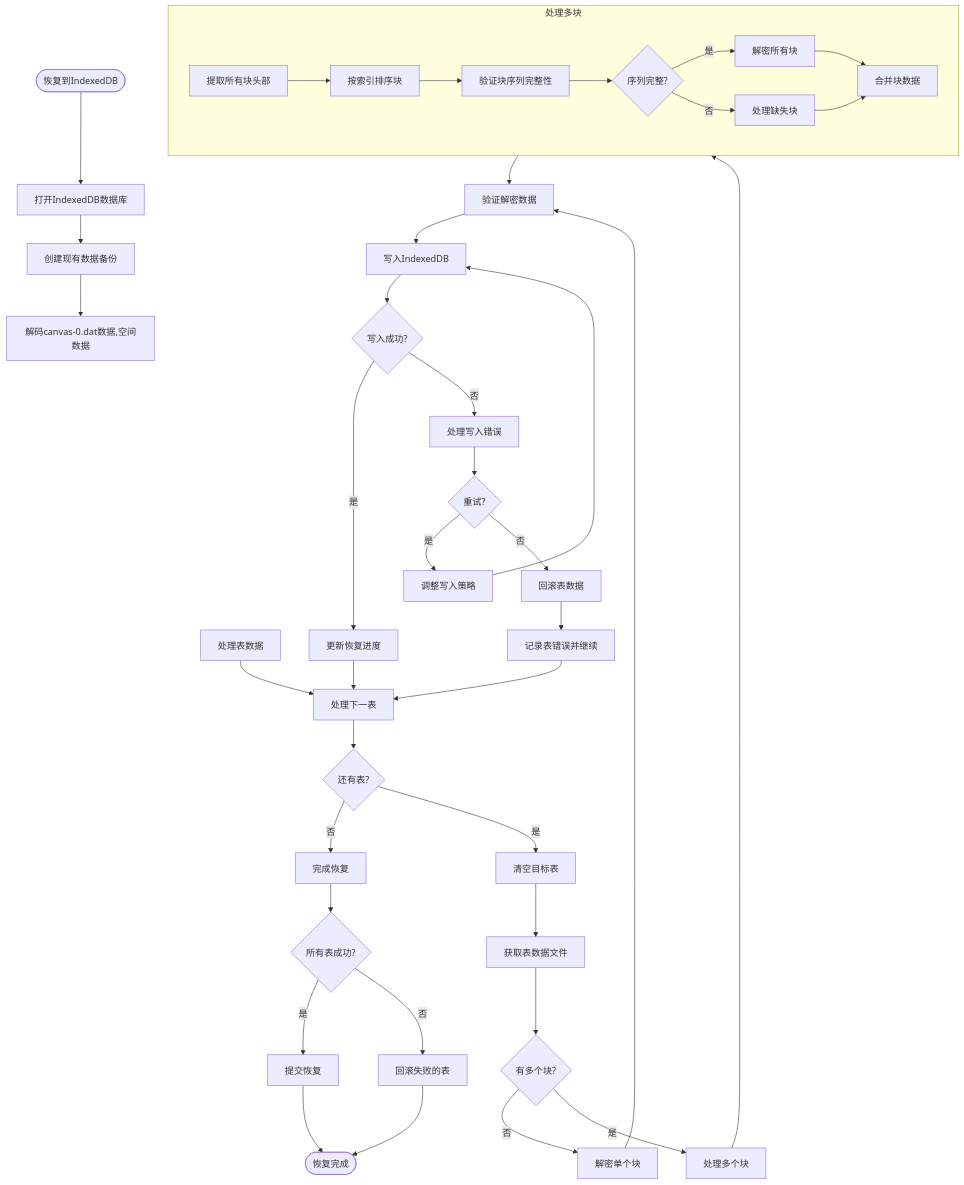
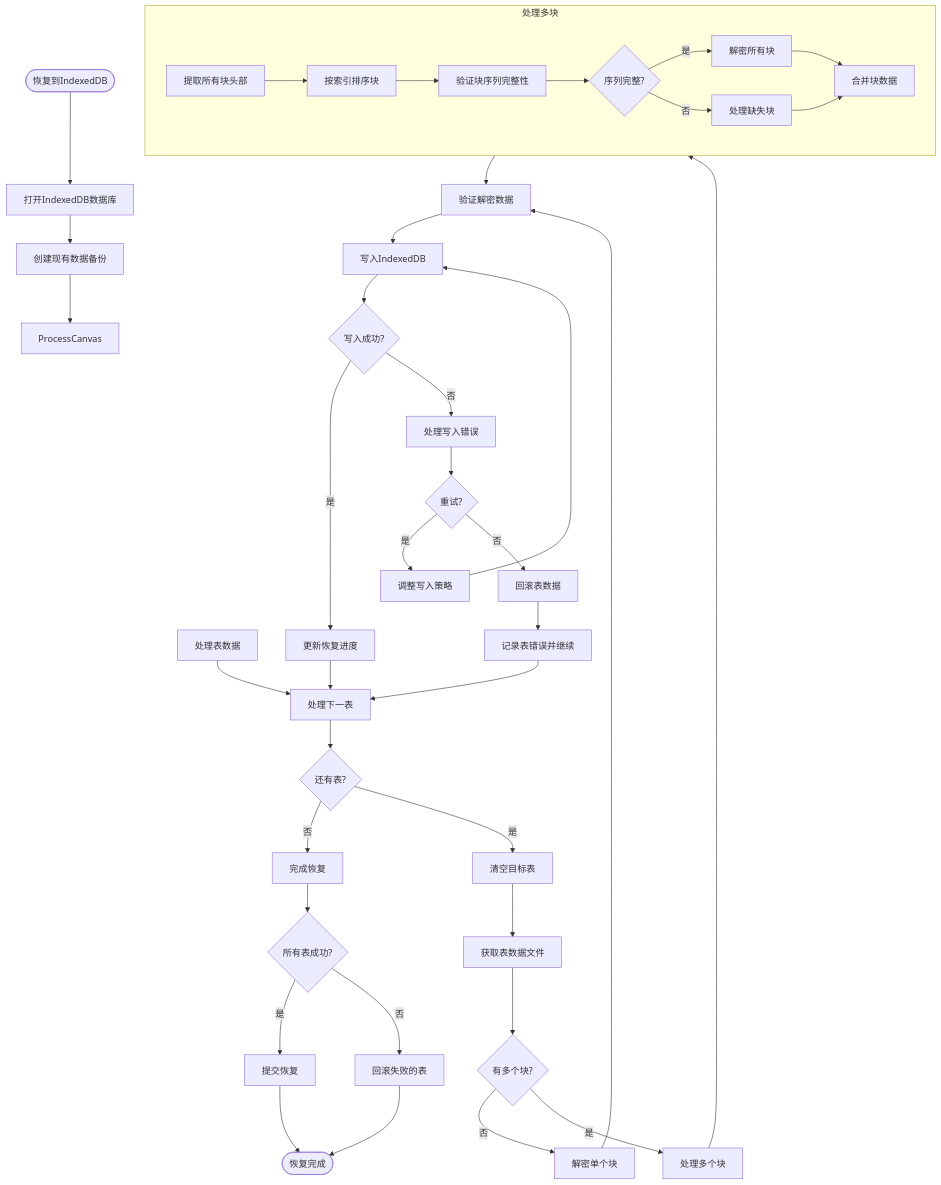
One commit to yingjianzh/iodraw-files changed the diagram in all/未命名-52.md. Above: the diagram before and after it, drawn with Mermaid.

Commit message:
2025-05-09 18:29:11 update

````diff
--- a/all/未命名-52.md
+++ b/all/未命名-52.md
@@ -1,56 +1,56 @@
 ```mermaid
 flowchart TD
     Start([恢复到IndexedDB]) --> OpenDB[打开IndexedDB数据库]
     OpenDB --> CreateBackup[创建现有数据备份]
-    CreateBackup --> ProcessCanvas[解码canvas-0.dat数据,空间数据]
+    CreateBackup --> ProcessCanvas
     ProcessTables[处理表数据]
     
     ProcessTables --> ProcessNextTable[处理下一表]
     ProcessNextTable --> MoreTables{还有表?}
     MoreTables -->|否| FinalizeRestore[完成恢复]
     MoreTables -->|是| ClearTable[清空目标表]
     
     ClearTable --> GetTableData[获取表数据文件]
     GetTableData --> TableHasMultipleBlocks{有多个块?}
     
     TableHasMultipleBlocks -->|否| DecryptSingleBlock[解密单个块]
     TableHasMultipleBlocks -->|是| ProcessMultipleBlocks[处理多个块]
     
     subgraph MultiBlockProcess [处理多块]
         MB1[提取所有块头部] --> MB2[按索引排序块]
         MB2 --> MB3[验证块序列完整性]
         MB3 --> MB4{序列完整?}
         MB4 -->|否| MB5[处理缺失块]
         MB4 -->|是| MB6[解密所有块]
         MB6 --> MB7[合并块数据]
         MB5 --> MB7
     end
     
     ProcessMultipleBlocks --> MultiBlockProcess
     
     DecryptSingleBlock --> ValidateData[验证解密数据]
     MultiBlockProcess --> ValidateData
     
     ValidateData --> WriteToIndexedDB[写入IndexedDB]
     WriteToIndexedDB --> ValidationSuccess{写入成功?}
     
     ValidationSuccess -->|是| UpdateProgress[更新恢复进度]
     ValidationSuccess -->|否| HandleWriteError[处理写入错误]
     
     HandleWriteError --> RetryWrite{重试?}
     RetryWrite -->|是| AdjustWriteStrategy[调整写入策略]
     RetryWrite -->|否| RollbackTable[回滚表数据]
     
     AdjustWriteStrategy --> WriteToIndexedDB
     RollbackTable --> LogTableError[记录表错误并继续]
     
     UpdateProgress --> ProcessNextTable
     LogTableError --> ProcessNextTable
     
     FinalizeRestore --> AllTablesSuccess{所有表成功?}
     AllTablesSuccess -->|是| CommitRestore[提交恢复]
     AllTablesSuccess -->|否| RollbackFailed[回滚失败的表]
     
     CommitRestore --> End([恢复完成])
     RollbackFailed --> End
 ```
````
